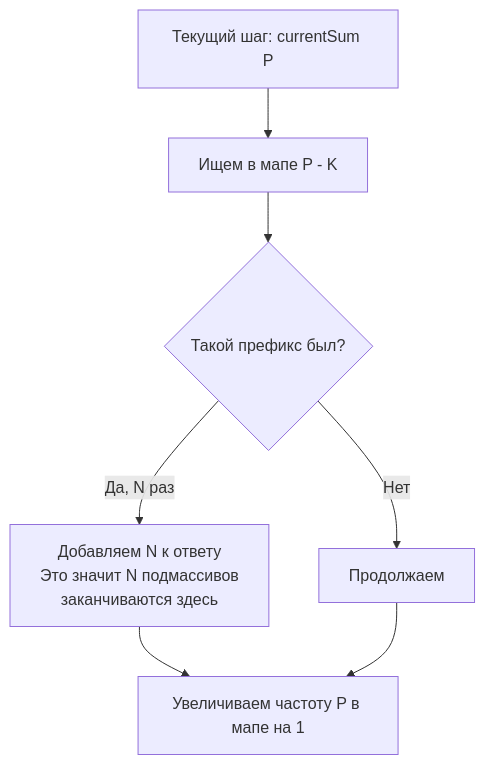
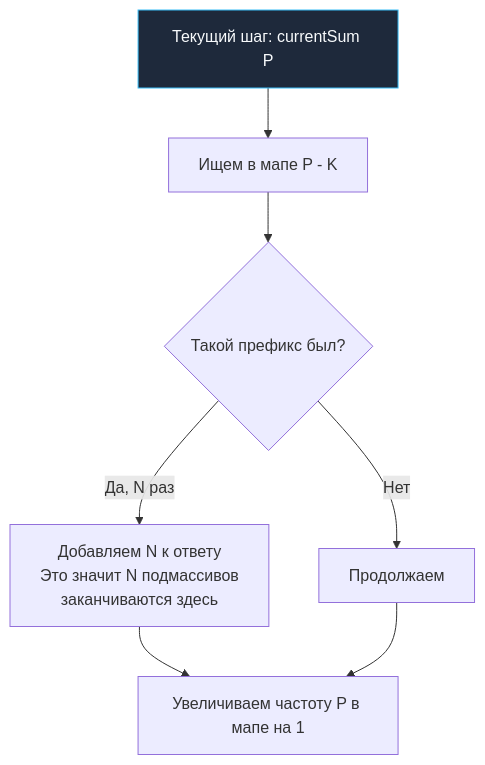
The second of 2 diagrams in sources/21. Задачи с LeetCode и собеседований на Go/02. Задачи/04. Префиксные суммы/4. Subarray Sum Equals K.md (UnrealTemplier/go-textbook), drawn with Mermaid before and after one commit. The commit also changed other lines of this file and 1666 other files, not shown here.

First line of the commit message:
feat(mermaid): add semantic color classDef to 1369 colorless flowchart/graph diagrams

````diff
--- a/sources/21. Задачи с LeetCode и собеседований на Go/02. Задачи/04. Префиксные суммы/4. Subarray Sum Equals K.md
+++ b/sources/21. Задачи с LeetCode и собеседований на Go/02. Задачи/04. Префиксные суммы/4. Subarray Sum Equals K.md
@@ -170,9 +180,19 @@
 ```mermaid
 flowchart TD
-    A["Текущий шаг: currentSum P"] --> B["Ищем в мапе P - K"]
+    classDef process  fill:#1e293b,stroke:#38bdf8,stroke-width:1px,color:#f8fafc
+    classDef success  fill:#064e3b,stroke:#34d399,stroke-width:1px,color:#f8fafc
+    classDef error    fill:#7f1d1d,stroke:#f87171,stroke-width:1px,color:#f8fafc
+    classDef warning  fill:#78350f,stroke:#fbbf24,stroke-width:1px,color:#f8fafc
+    classDef entry    fill:#1e3a5f,stroke:#38bdf8,stroke-width:2px,color:#f8fafc
+    classDef aux      fill:#334155,stroke:#64748b,stroke-width:1px,color:#f8fafc
+    classDef system   fill:#312e81,stroke:#a78bfa,stroke-width:1px,color:#f8fafc
+    classDef data     fill:#132d29,stroke:#2dd4bf,stroke-width:1px,color:#f8fafc
+    classDef network  fill:#881337,stroke:#fb7185,stroke-width:1px,color:#f8fafc
+    classDef accent   fill:#1e1b4b,stroke:#818cf8,stroke-width:1px,color:#f8fafc
+    A["Текущий шаг: currentSum P"]:::process --> B["Ищем в мапе P - K"]
     B --> C{"Такой префикс был?"}
     C -- "Да, N раз" --> D["Добавляем N к ответу<br>Это значит N подмассивов<br>заканчиваются здесь"]
     C -- "Нет" --> E["Продолжаем"]
     D --> F["Увеличиваем частоту P в мапе на 1"]
     E --> F
 ```
````
